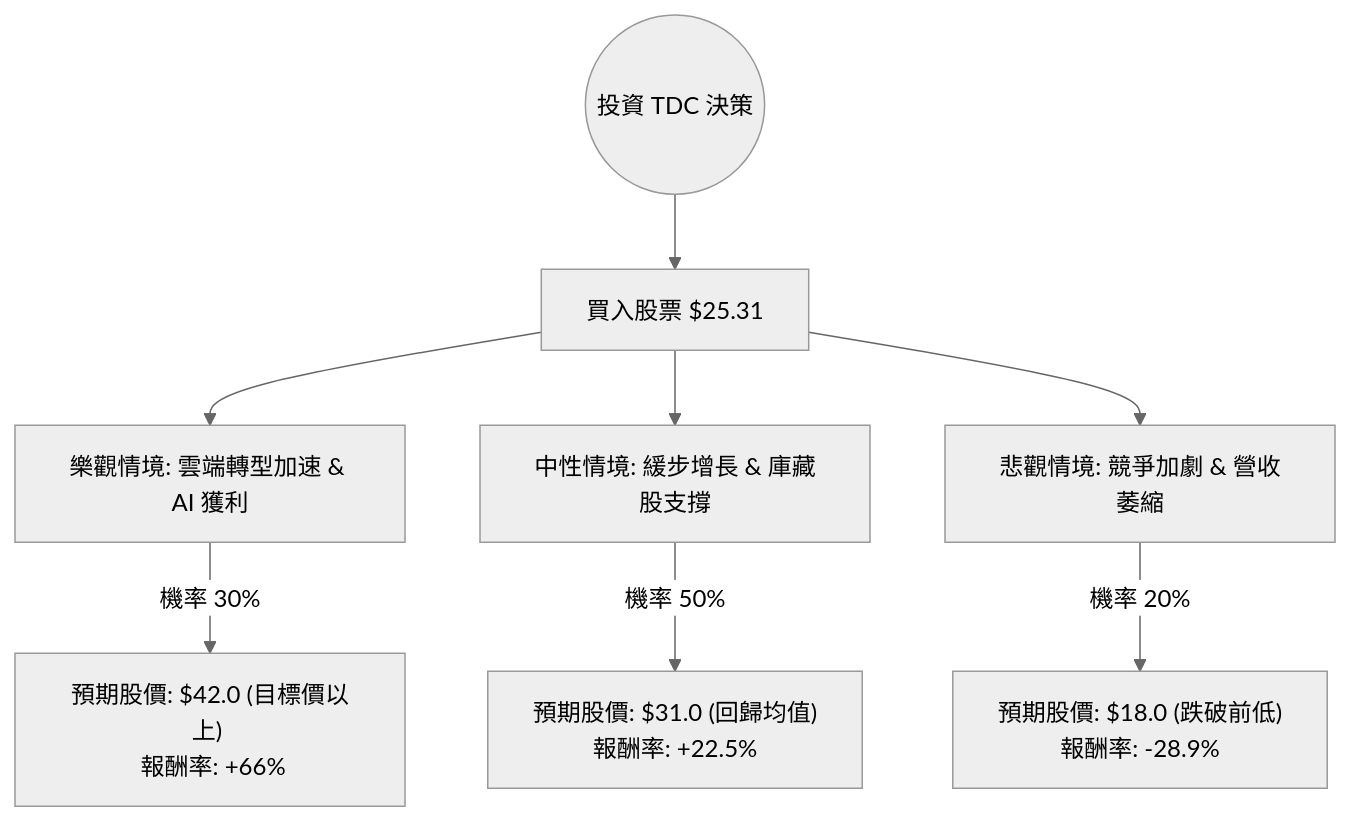
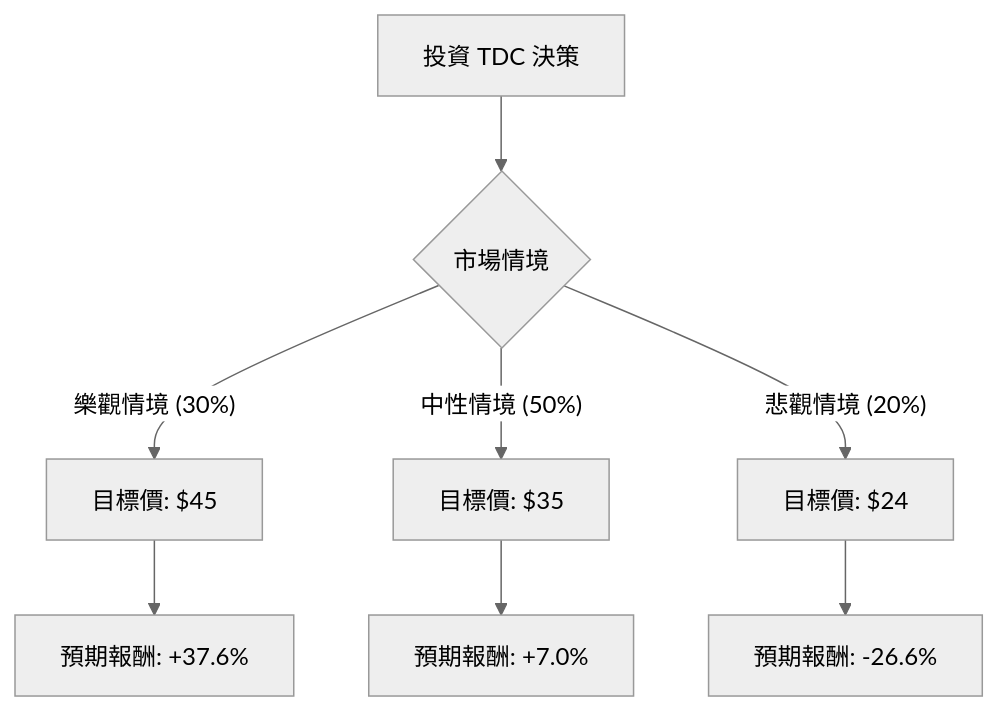
Before and after one commit to zmcx16/zmcx16.github.io: the diagram in plugin-react/ai-analysis/ev-analysis/TDC.md, drawn with Mermaid (neutral theme). The commit also changed other lines of this file and 77 other files, not shown here.

````diff
--- a/plugin-react/ai-analysis/ev-analysis/TDC.md
+++ b/plugin-react/ai-analysis/ev-analysis/TDC.md
@@ -18,12 +22,12 @@
 ```mermaid
 graph TD
-    Start((投資 TDC 決策)) --> Invest[買入股票 $25.31]
+    A[投資 TDC 決策] --> B{市場情境}
     
-    Invest --> Bull[樂觀情境: 雲端轉型加速 & AI 獲利]
-    Invest --> Base[中性情境: 緩步增長 & 庫藏股支撐]
-    Invest --> Bear[悲觀情境: 競爭加劇 & 營收萎縮]
+    B -- 樂觀情境 (30%) --> C[目標價: $45]
+    B -- 中性情境 (50%) --> D[目標價: $35]
+    B -- 悲觀情境 (20%) --> E[目標價: $24]
 
-    Bull -- "機率 30%" --> BullVal["預期股價: $42.0 (目標價以上) <br> 報酬率: +66%"]
-    Base -- "機率 50%" --> BaseVal["預期股價: $31.0 (回歸均值) <br> 報酬率: +22.5%"]
-    Bear -- "機率 20%" --> BearVal["預期股價: $18.0 (跌破前低) <br> 報酬率: -28.9%"]
+    C --> F[預期報酬: +37.6%]
+    D --> G[預期報酬: +7.0%]
+    E --> H[預期報酬: -26.6%]
 ```
````
